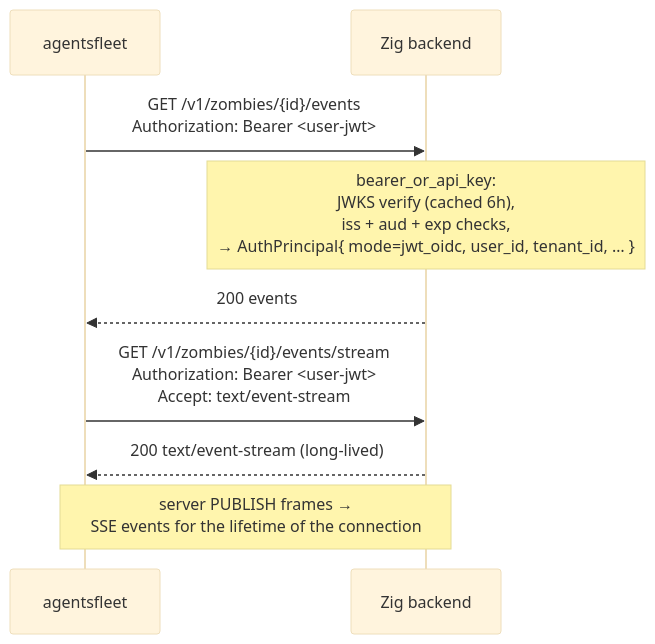
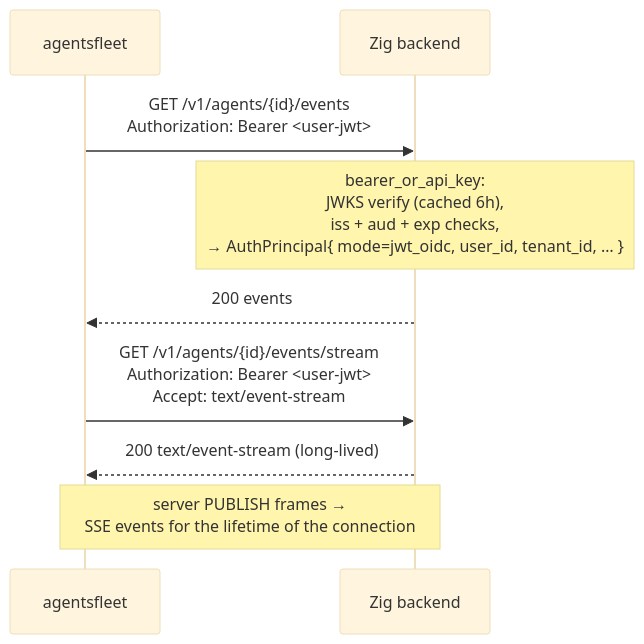
Before and after one commit to agentsfleet/agentsfleet: the second of 2 diagrams in docs/AUTH_DEVICE_LOGIN.md, drawn with Mermaid (base theme). The commit also changed other lines of this file and 209 other files, not shown here.

````diff
--- a/docs/AUTH_DEVICE_LOGIN.md
+++ b/docs/AUTH_DEVICE_LOGIN.md
@@ -269,13 +269,13 @@
 ```mermaid
 sequenceDiagram
     participant CLI as agentsfleet
     participant API as Zig backend
 
-    CLI->>API: GET /v1/zombies/{id}/events<br/>Authorization: Bearer <user-jwt>
+    CLI->>API: GET /v1/agents/{id}/events<br/>Authorization: Bearer <user-jwt>
     Note over API: bearer_or_api_key:<br/>JWKS verify (cached 6h),<br/>iss + aud + exp checks,<br/>→ AuthPrincipal{ mode=jwt_oidc, user_id, tenant_id, … }
     API-->>CLI: 200 events
 
-    CLI->>API: GET /v1/zombies/{id}/events/stream<br/>Authorization: Bearer <user-jwt><br/>Accept: text/event-stream
+    CLI->>API: GET /v1/agents/{id}/events/stream<br/>Authorization: Bearer <user-jwt><br/>Accept: text/event-stream
     API-->>CLI: 200 text/event-stream (long-lived)
     Note over CLI,API: server PUBLISH frames →<br/>SSE events for the lifetime of the connection
 ```
````
